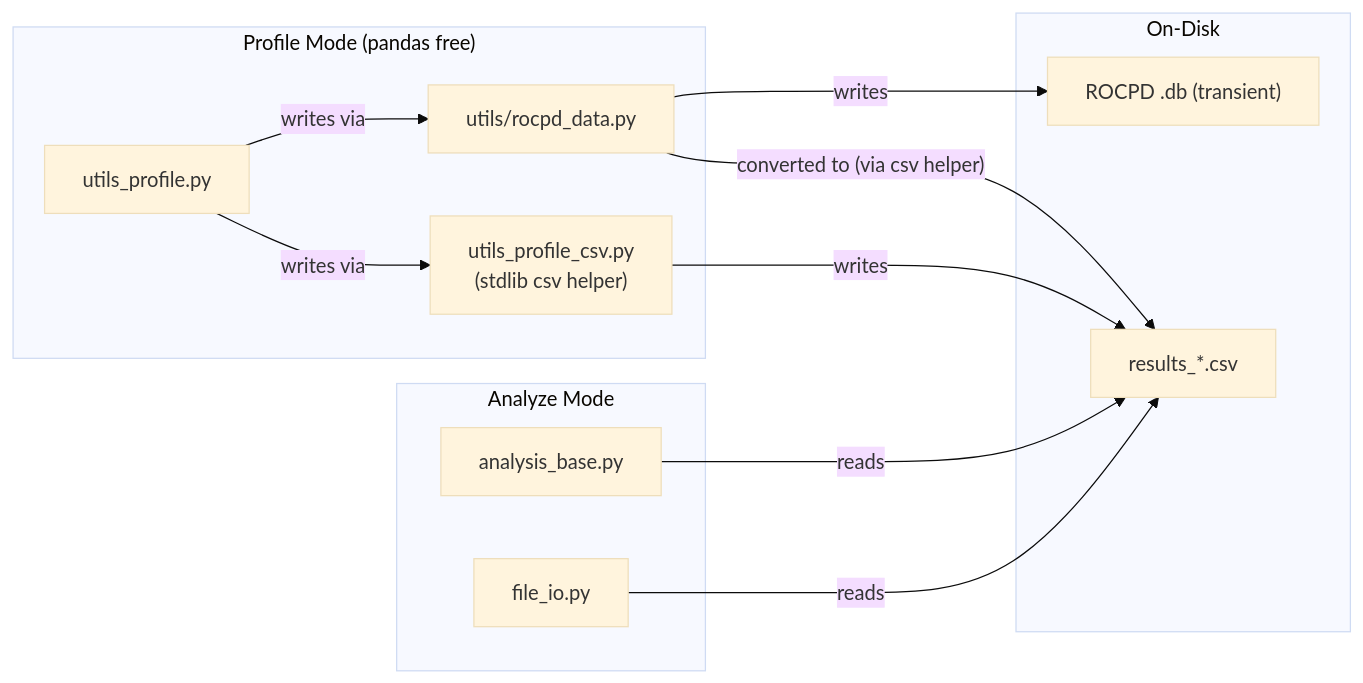
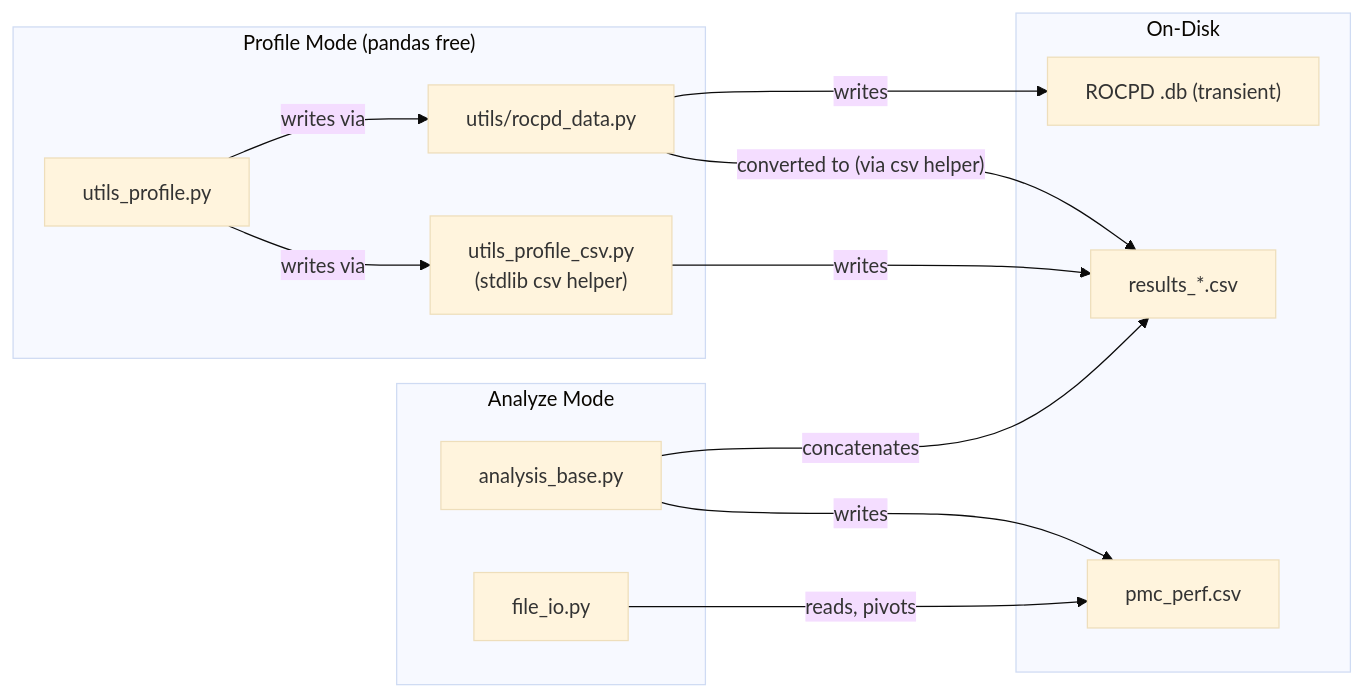
The third of 7 diagrams in projects/rocprofiler-compute/docs/design/profile_interface_architecture.md (ROCm/rocm-systems), drawn with Mermaid (base theme) before and after one commit. The commit also changed other lines of this file and 21 other files, not shown here.

````diff
--- a/projects/rocprofiler-compute/docs/design/profile_interface_architecture.md
+++ b/projects/rocprofiler-compute/docs/design/profile_interface_architecture.md
@@ -273,23 +275,25 @@
 ```mermaid
 flowchart LR
     subgraph profile["Profile Mode (pandas free)"]
         uprof["utils_profile.py"]
         urocpd["utils/rocpd_data.py"]
         ucsv["utils_profile_csv.py<br/>(stdlib csv helper)"]
     end
     subgraph analyze["Analyze Mode"]
         abase["analysis_base.py"]
         fio["file_io.py"]
     end
     subgraph disk["On-Disk"]
         db["ROCPD .db (transient)"]
         res["results_*.csv"]
+        pmc["pmc_perf.csv"]
     end
     uprof -->|"writes via"| urocpd
     urocpd -->|"writes"| db
     urocpd -->|"converted to (via csv helper)"| res
     uprof -->|"writes via"| ucsv
     ucsv -->|"writes"| res
-    abase -->|"reads"| res
-    fio -->|"reads"| res
+    abase -->|"concatenates"| res
+    abase -->|"writes"| pmc
+    fio -->|"reads, pivots"| pmc
 ```
````
